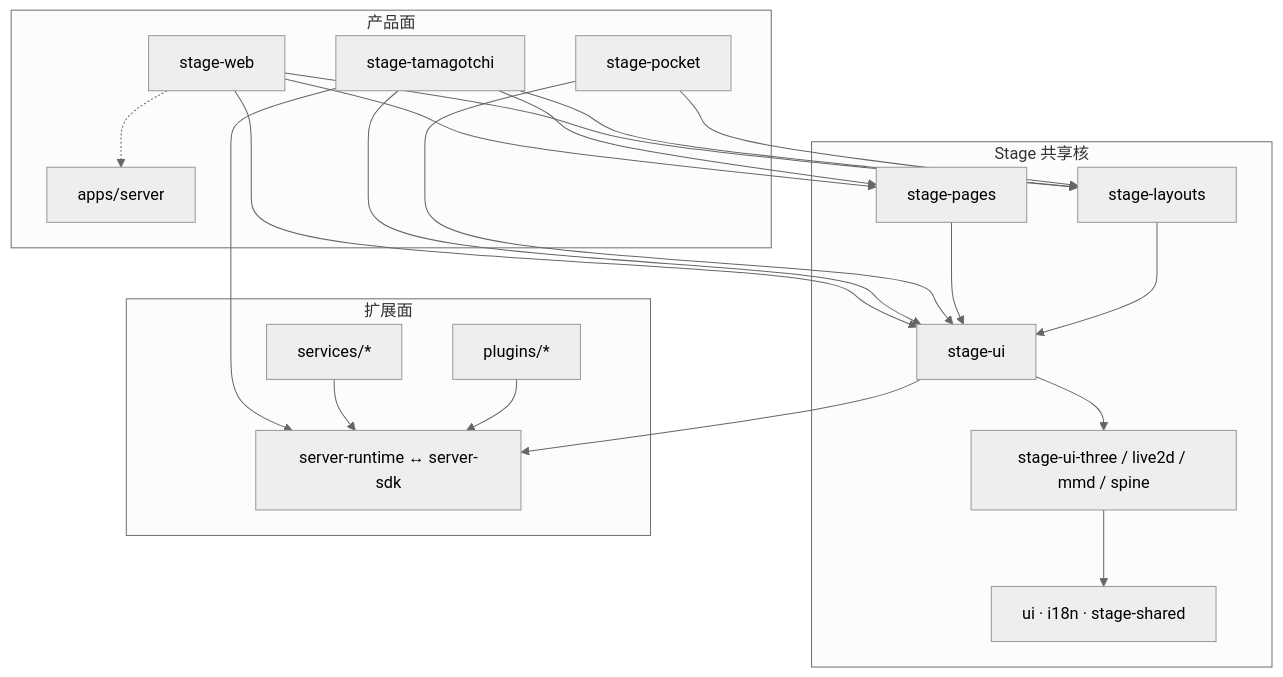
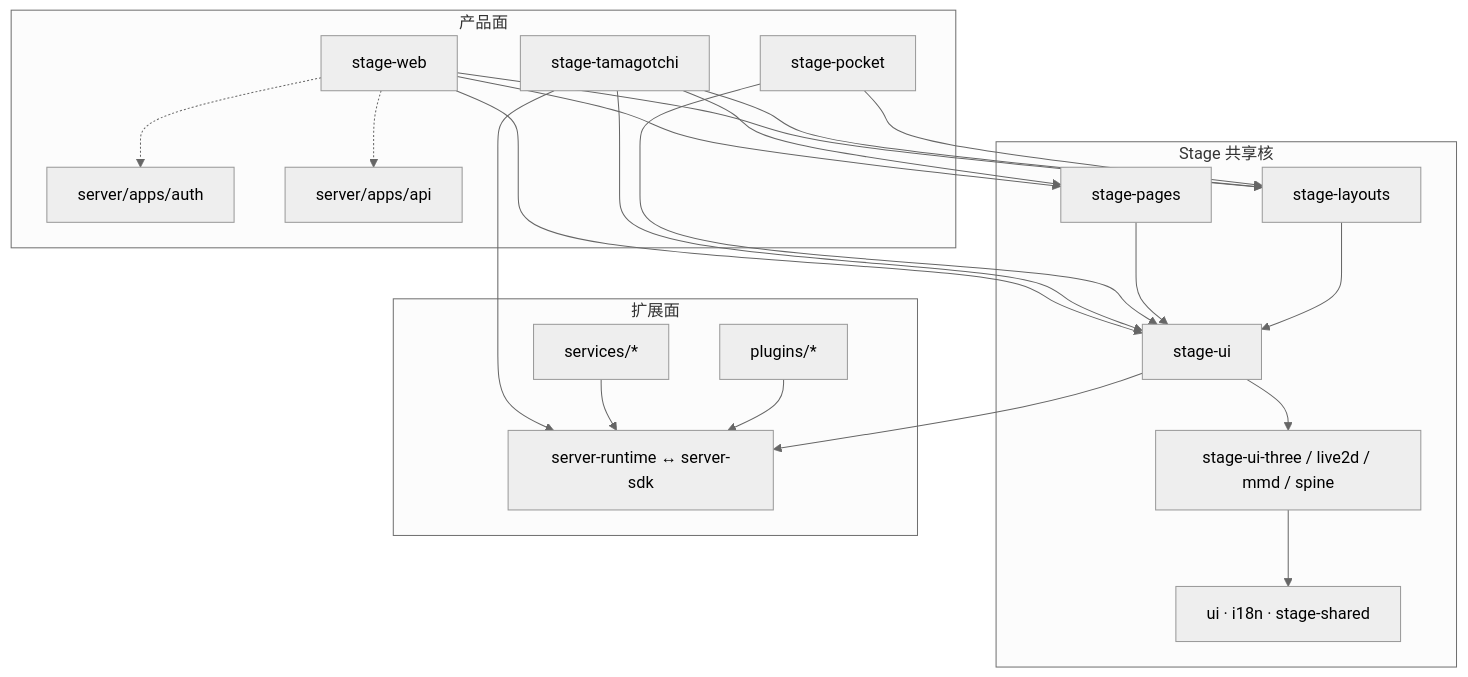
One commit to ifloveisture/airi_learning changed the diagram in learning/整体架构.md. Above: the diagram before and after it, drawn with Mermaid (neutral theme). The commit also changed other lines of this file and 95 other files, not shown here.

Commit message:
1. 对齐学习笔记至 0.12.0-beta.5 与 Auth/API 拆分后的云端边界 2. 增补世界接入、算法主线、Pocket、Kirie、PWA、Factorio、性能探查与组件 API 等专章 3. 充实语音、对话、云端、舞台与 AI 协作等域的读码路径与缺口清单

````diff
--- a/learning/整体架构.md
+++ b/learning/整体架构.md
@@ -24,34 +24,35 @@
 ```mermaid
 flowchart TB
   subgraph Surfaces["产品面"]
     WEB["stage-web"]
     TAM["stage-tamagotchi"]
     POC["stage-pocket"]
-    API["apps/server"]
+    AUTH["server/apps/auth"]
+    API["server/apps/api"]
   end
 
   subgraph StageCore["Stage 共享核"]
     PAGES["stage-pages"]
     LAYOUTS["stage-layouts"]
     SUI["stage-ui"]
     RENDER["stage-ui-three / live2d / mmd / spine"]
     BASE["ui · i18n · stage-shared"]
   end
 
   subgraph Ext["扩展面"]
     CH["server-runtime ↔ server-sdk"]
     SVC["services/*"]
     PLG["plugins/*"]
   end
 
   WEB --> PAGES & LAYOUTS & SUI
   TAM --> PAGES & LAYOUTS & SUI
   POC --> LAYOUTS & SUI
   PAGES --> SUI
   LAYOUTS --> SUI
   SUI --> RENDER --> BASE
   TAM --> CH
   SUI --> CH
   SVC & PLG --> CH
-  WEB -.-> API
+  WEB -.-> AUTH & API
 ```
````
